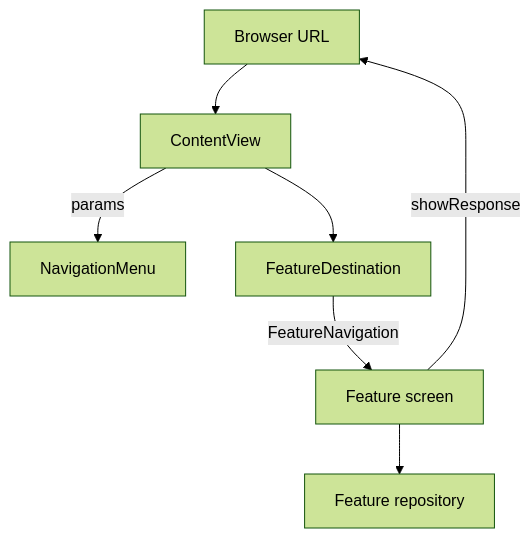
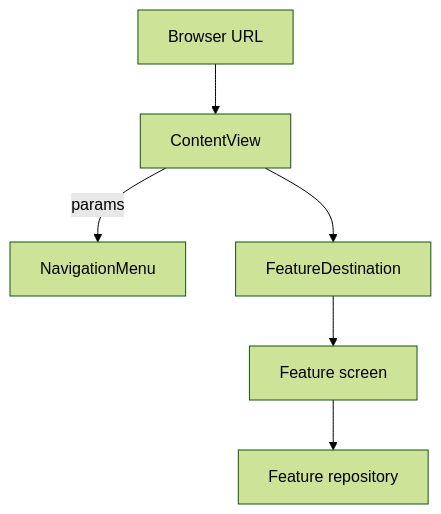
Before and after one commit to gjp-ai/gjp-lab-web-react: the second of 2 diagrams in doc/architecture/application.md, drawn with Mermaid (forest theme). The commit also changed other lines of this file and 30 other files, not shown here.

````diff
--- a/doc/architecture/application.md
+++ b/doc/architecture/application.md
@@ -52,9 +51,8 @@
 ```mermaid
 flowchart TD
     URL[Browser URL] --> Content[ContentView]
     Content -->|params| Menu[NavigationMenu]
     Content --> Destination[FeatureDestination]
-    Destination -->|FeatureNavigation| Screen[Feature screen]
+    Destination --> Screen[Feature screen]
     Screen --> Repository[Feature repository]
-    Screen -->|showResponse| URL
 ```
````
